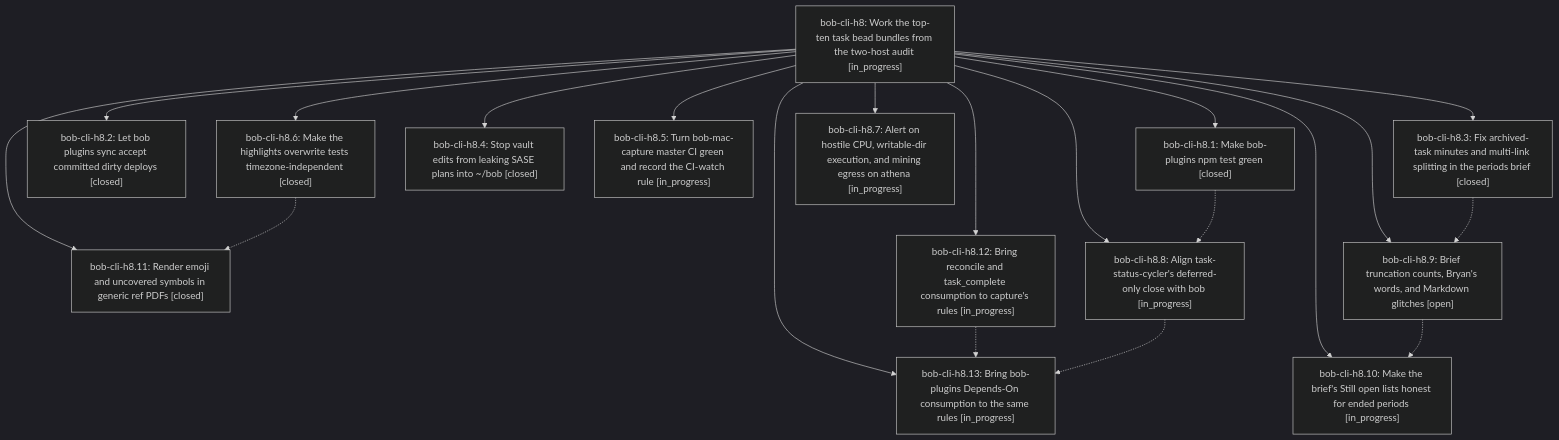
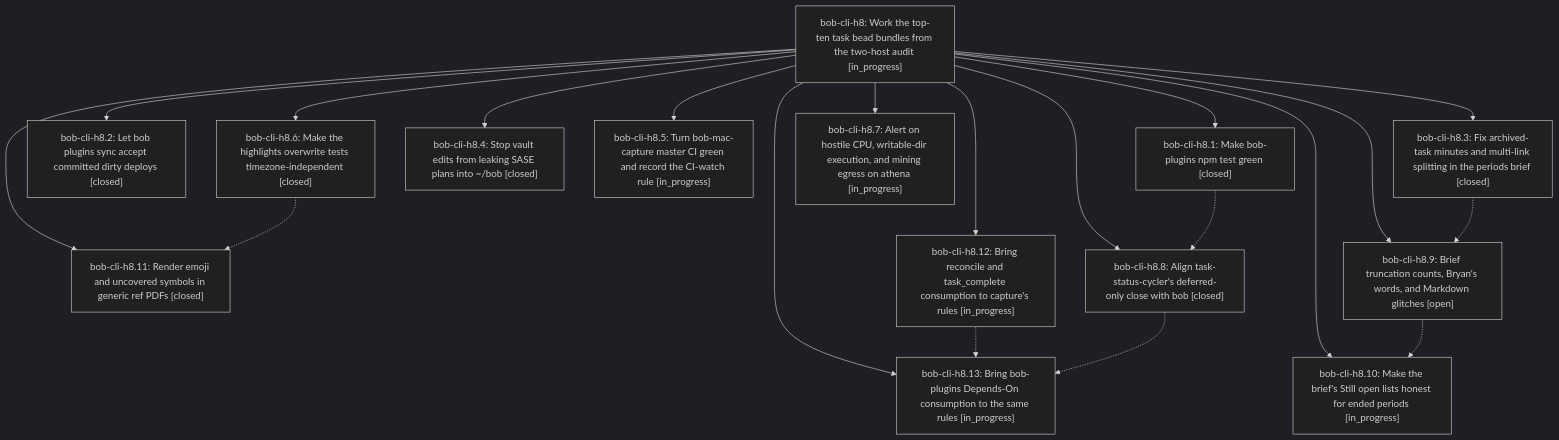
The diagram in pages/bob-cli-h8/README.md (bobs-org/bob-cli--beads), drawn with Mermaid (dark theme) before and after one commit. The commit also changed other lines of this file and 7 other files, not shown here.

First line of the commit message:
chore(beads): sync bead state and pages for bob-cli-h8

````diff
--- a/pages/bob-cli-h8/README.md
+++ b/pages/bob-cli-h8/README.md
@@ -48,36 +48,36 @@
 ```mermaid
 flowchart TD
     n0["bob-cli-h8: Work the top-ten task bead bundles from the two-host audit [in_progress]"]
     n1["bob-cli-h8.1: Make bob-plugins npm test green [closed]"]
     n2["bob-cli-h8.10: Make the brief's Still open lists honest for ended periods [in_progress]"]
     n3["bob-cli-h8.11: Render emoji and uncovered symbols in generic ref PDFs [closed]"]
     n4["bob-cli-h8.12: Bring reconcile and task_complete consumption to capture's rules [in_progress]"]
     n5["bob-cli-h8.13: Bring bob-plugins Depends-On consumption to the same rules [in_progress]"]
     n6["bob-cli-h8.2: Let bob plugins sync accept committed dirty deploys [closed]"]
     n7["bob-cli-h8.3: Fix archived-task minutes and multi-link splitting in the periods brief [closed]"]
     n8["bob-cli-h8.4: Stop vault edits from leaking SASE plans into ~/bob [closed]"]
     n9["bob-cli-h8.5: Turn bob-mac-capture master CI green and record the CI-watch rule [in_progress]"]
     n10["bob-cli-h8.6: Make the highlights overwrite tests timezone-independent [closed]"]
     n11["bob-cli-h8.7: Alert on hostile CPU, writable-dir execution, and mining egress on athena [in_progress]"]
-    n12["bob-cli-h8.8: Align task-status-cycler's deferred-only close with bob [in_progress]"]
+    n12["bob-cli-h8.8: Align task-status-cycler's deferred-only close with bob [closed]"]
     n13["bob-cli-h8.9: Brief truncation counts, Bryan's words, and Markdown glitches [open]"]
     n0 --> n1
     n0 --> n2
     n0 --> n3
     n0 --> n4
     n0 --> n5
     n0 --> n6
     n0 --> n7
     n0 --> n8
     n0 --> n9
     n0 --> n10
     n0 --> n11
     n0 --> n12
     n0 --> n13
     n1 -.-> n12
     n4 -.-> n5
     n7 -.-> n13
     n10 -.-> n3
     n12 -.-> n5
     n13 -.-> n2
 ```
````
